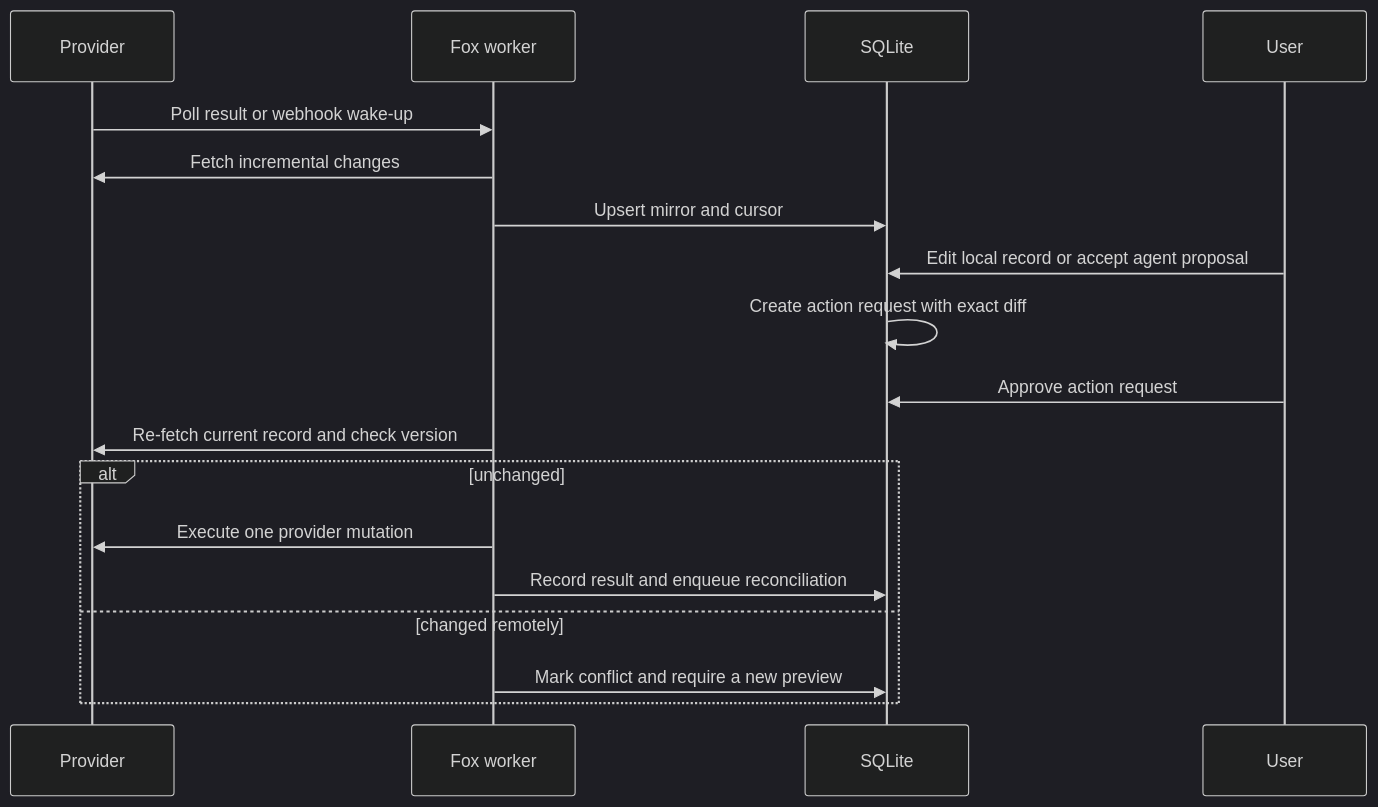
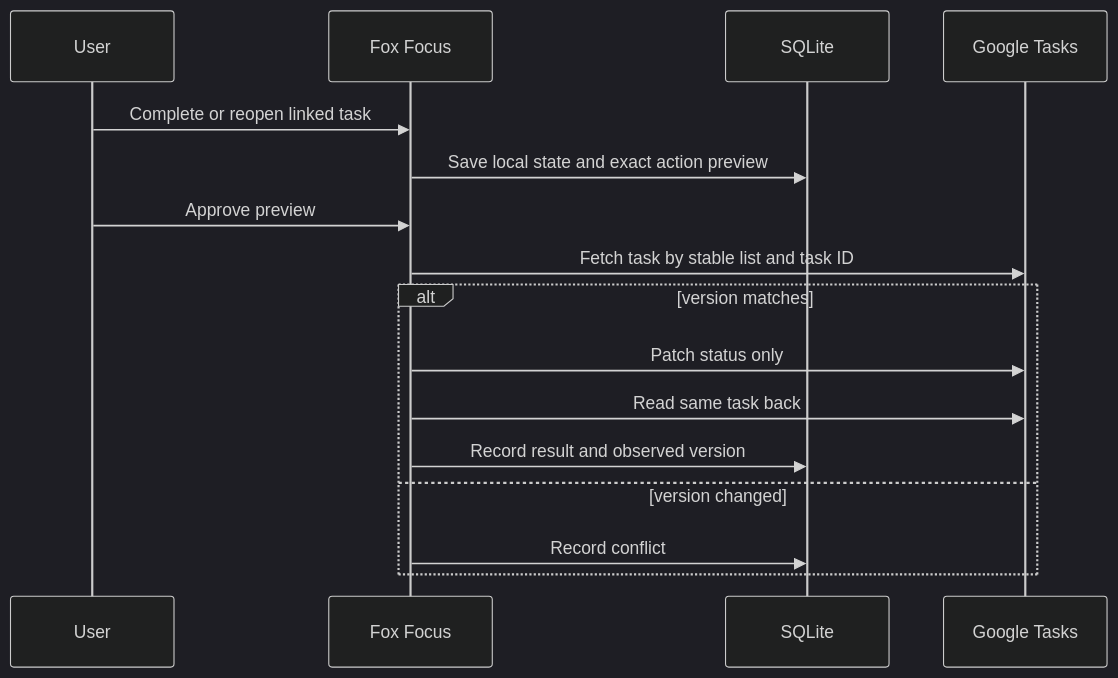
One commit to semyonfox/fox-focus changed the second of 2 diagrams in docs/architecture-plan.md. Above: the diagram before and after it, drawn with Mermaid (dark theme). The commit also changed other lines of this file and 27 other files, not shown here.

Commit message:
feat: make Fox Focus the native task home

````diff
--- a/docs/architecture-plan.md
+++ b/docs/architecture-plan.md
@@ -299,21 +138,19 @@
 ```mermaid
 sequenceDiagram
-    participant P as Provider
-    participant W as Fox worker
+    participant U as User
+    participant F as Fox Focus
     participant D as SQLite
-    participant U as User
+    participant G as Google Tasks
 
-    P->>W: Poll result or webhook wake-up
-    W->>P: Fetch incremental changes
-    W->>D: Upsert mirror and cursor
-    U->>D: Edit local record or accept agent proposal
-    D->>D: Create action request with exact diff
-    U->>D: Approve action request
-    W->>P: Re-fetch current record and check version
-    alt unchanged
-        W->>P: Execute one provider mutation
-        W->>D: Record result and enqueue reconciliation
-    else changed remotely
-        W->>D: Mark conflict and require a new preview
+    U->>F: Complete or reopen linked task
+    F->>D: Save local state and exact action preview
+    U->>F: Approve preview
+    F->>G: Fetch task by stable list and task ID
+    alt version matches
+        F->>G: Patch status only
+        F->>G: Read same task back
+        F->>D: Record result and observed version
+    else version changed
+        F->>D: Record conflict
     end
 ```
````
